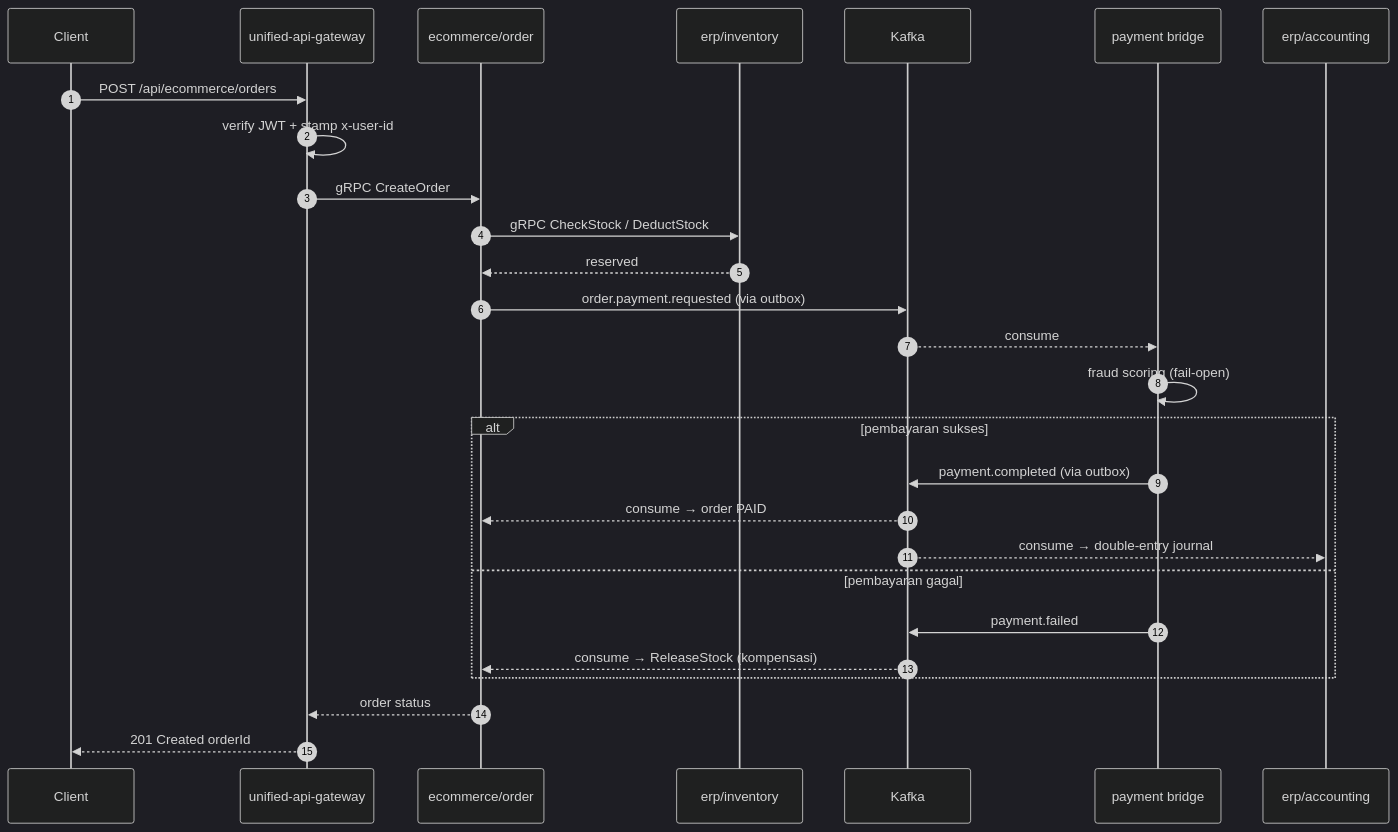
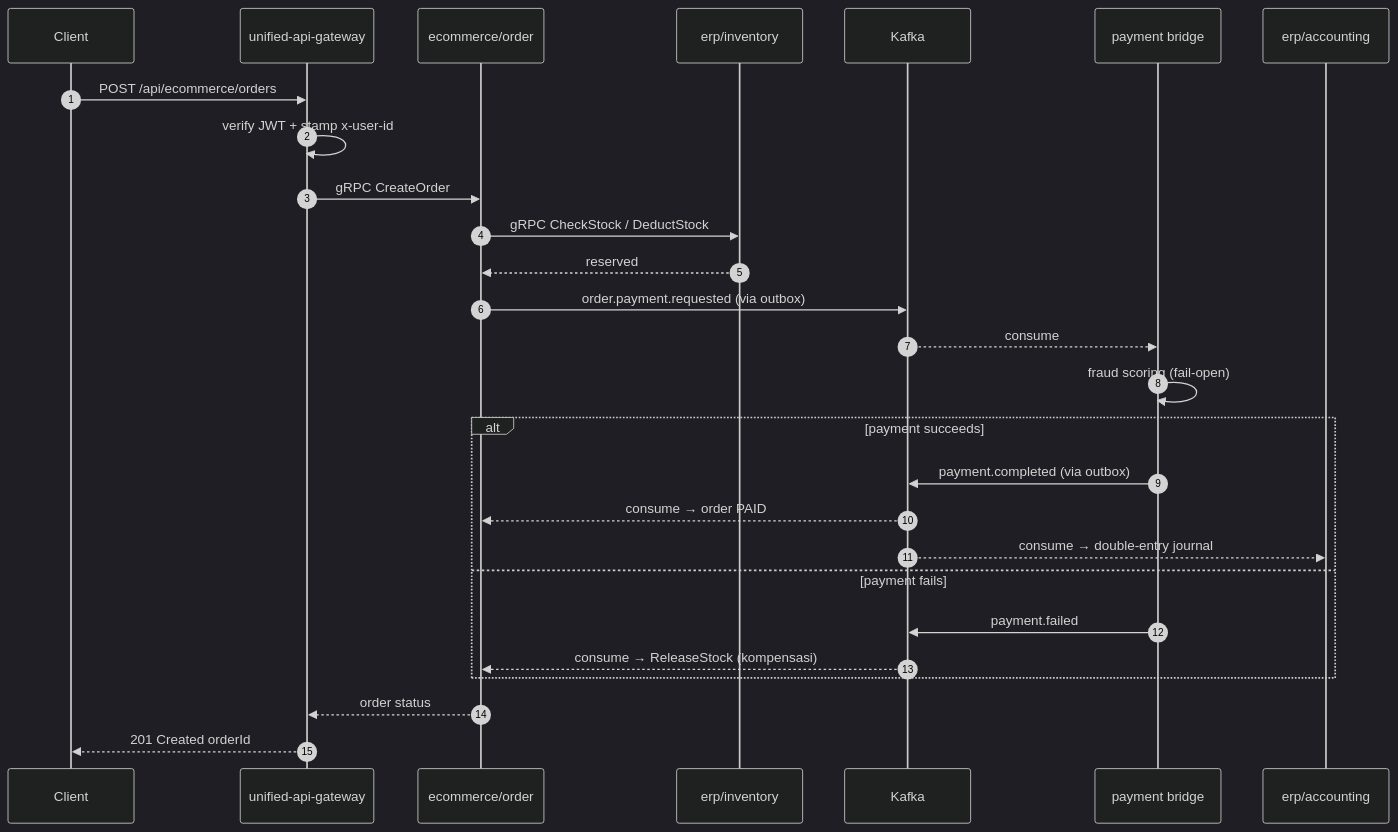
The second of 3 diagrams in src/content/portfolio/microservice-superapp-go.mdx (renaldyhidayatt/renaldyhidayatt.github.io), drawn with Mermaid (dark theme) before and after one commit. The commit also changed other lines of this file and 97 other files, not shown here.

````diff
--- a/src/content/portfolio/microservice-superapp-go.mdx
+++ b/src/content/portfolio/microservice-superapp-go.mdx
@@ -194,30 +194,30 @@
 ```mermaid
 sequenceDiagram
     autonumber
     participant C as Client
     participant GW as unified-api-gateway
     participant ORD as ecommerce/order
     participant INV as erp/inventory
     participant K as Kafka
     participant BR as payment bridge
     participant ACCT as erp/accounting
 
     C->>GW: POST /api/ecommerce/orders
     GW->>GW: verify JWT + stamp x-user-id
     GW->>ORD: gRPC CreateOrder
     ORD->>INV: gRPC CheckStock / DeductStock
     INV-->>ORD: reserved
     ORD->>K: order.payment.requested (via outbox)
     K-->>BR: consume
     BR->>BR: fraud scoring (fail-open)
-    alt pembayaran sukses
+    alt payment succeeds
         BR->>K: payment.completed (via outbox)
         K-->>ORD: consume → order PAID
         K-->>ACCT: consume → double-entry journal
-    else pembayaran gagal
+    else payment fails
         BR->>K: payment.failed
         K-->>ORD: consume → ReleaseStock (kompensasi)
     end
     ORD-->>GW: order status
     GW-->>C: 201 Created orderId
 ```
````
